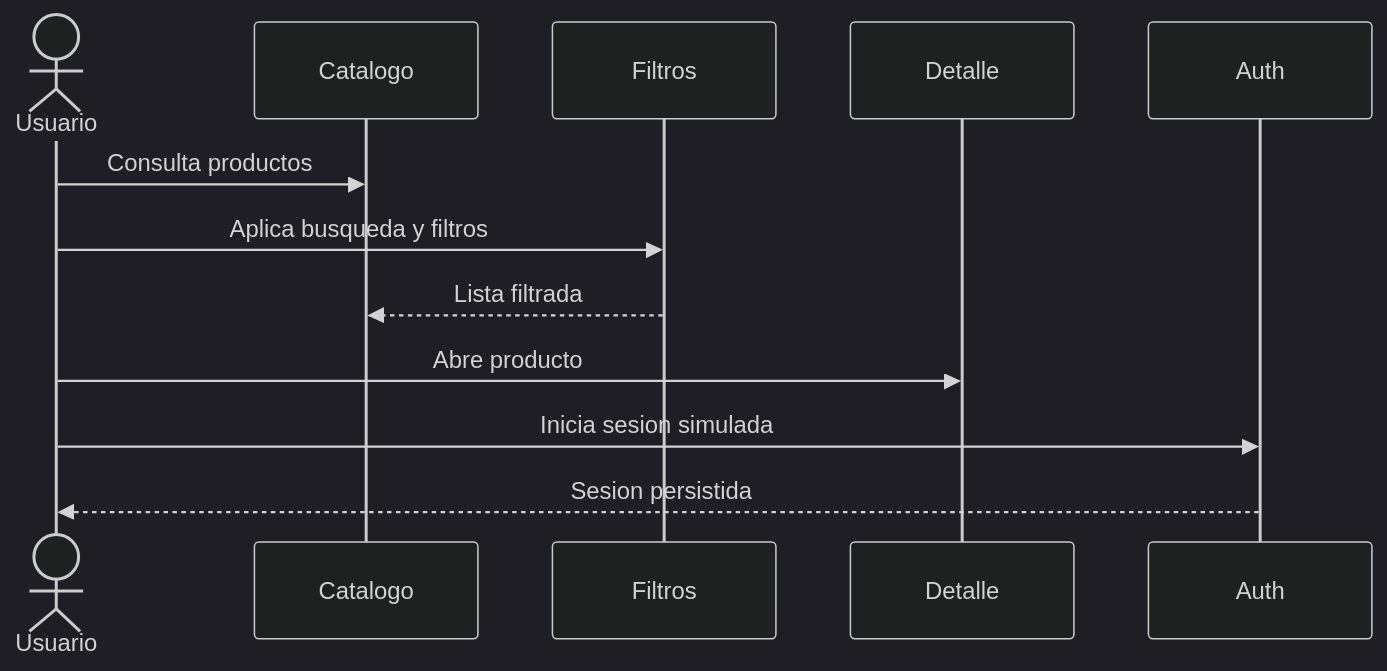
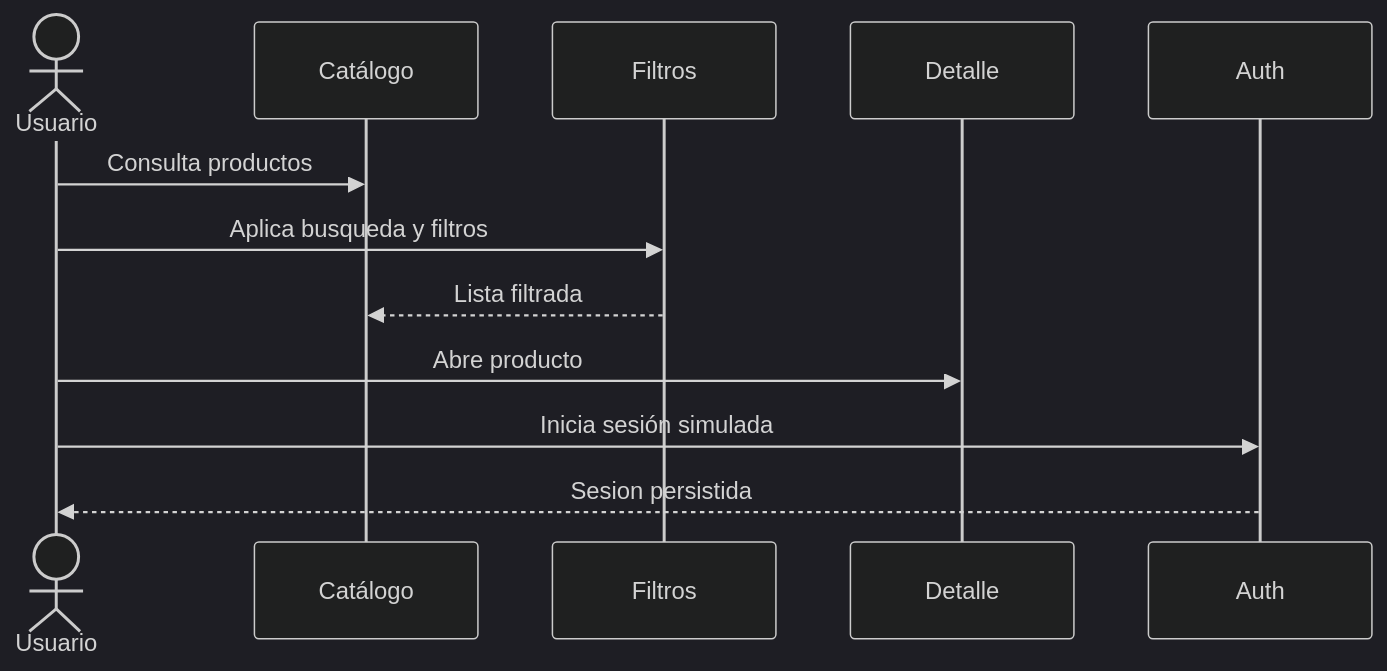
Before and after one commit to andresfccy/poli-tsp: the diagram in docs/entregas/entrega-2.md, drawn with Mermaid (dark theme). The commit also changed other lines of this file and 13 other files, not shown here.

Commit message:
docs: fix accents and mermaid labels

````diff
--- a/docs/entregas/entrega-2.md
+++ b/docs/entregas/entrega-2.md
@@ -36,14 +36,14 @@
 ```mermaid
 sequenceDiagram
   actor Usuario
-  participant Catalogo
+  participant Catalogo as Catálogo
   participant Filtros
   participant Detalle
   participant Auth
   Usuario->>Catalogo: Consulta productos
   Usuario->>Filtros: Aplica busqueda y filtros
   Filtros-->>Catalogo: Lista filtrada
   Usuario->>Detalle: Abre producto
-  Usuario->>Auth: Inicia sesion simulada
+  Usuario->>Auth: Inicia sesión simulada
   Auth-->>Usuario: Sesion persistida
 ```
````
